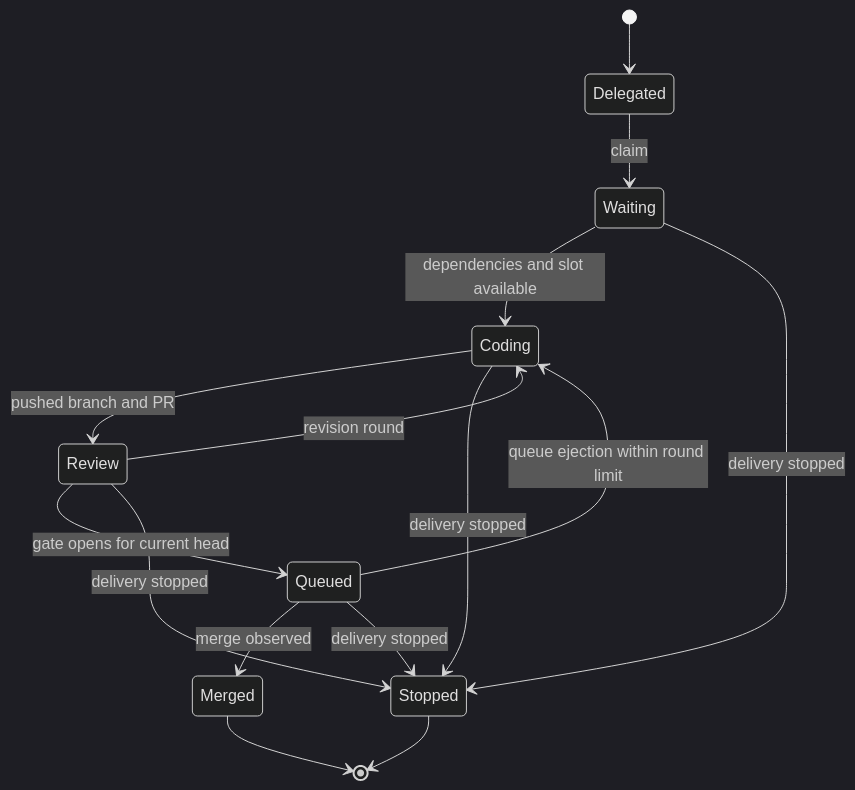
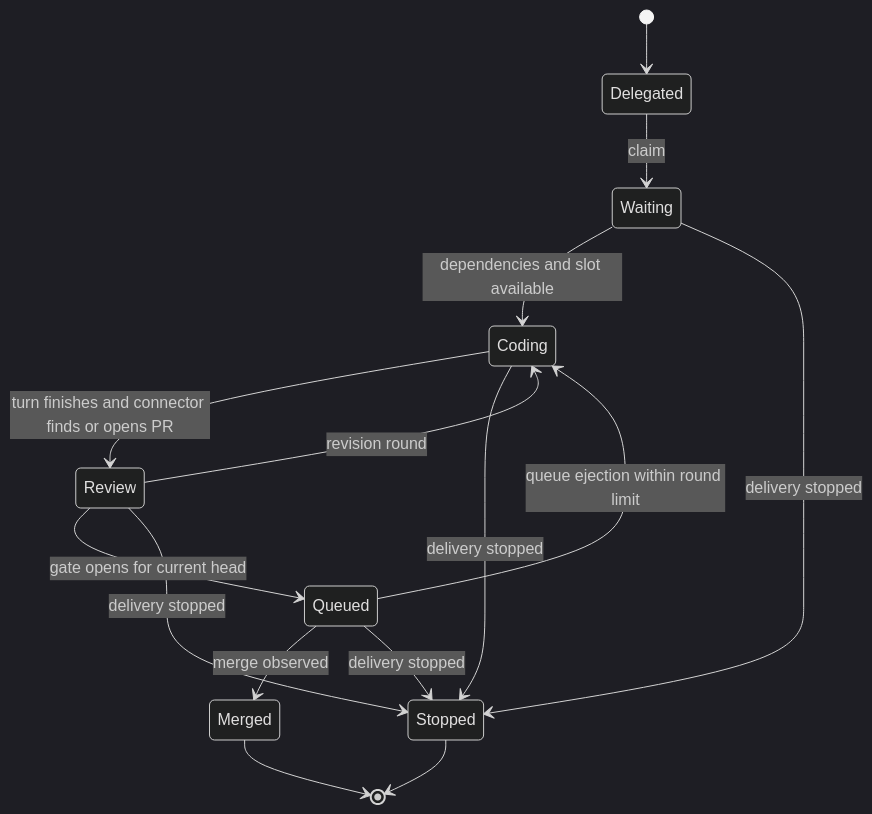
The second of 6 diagrams in projects/factory/connector/ARCHITECTURE.md (jomcgi-org/homelab), drawn with Mermaid (dark theme) before and after one commit. The commit also changed other lines of this file and 1 other file, not shown here.

First line of the commit message:
docs(factory): tie lifecycle and revision diagrams to the dispatch implementation

````diff
--- a/projects/factory/connector/ARCHITECTURE.md
+++ b/projects/factory/connector/ARCHITECTURE.md
@@ -26,17 +28,17 @@
 ```mermaid
 stateDiagram-v2
     [*] --> Delegated
     Delegated --> Waiting: claim
     Waiting --> Coding: dependencies and slot available
-    Coding --> Review: pushed branch and PR
+    Coding --> Review: turn finishes and connector finds or opens PR
     Review --> Coding: revision round
     Review --> Queued: gate opens for current head
     Queued --> Coding: queue ejection within round limit
     Queued --> Merged: merge observed
     Waiting --> Stopped: delivery stopped
     Coding --> Stopped: delivery stopped
     Review --> Stopped: delivery stopped
     Queued --> Stopped: delivery stopped
     Merged --> [*]
     Stopped --> [*]
 ```
````
